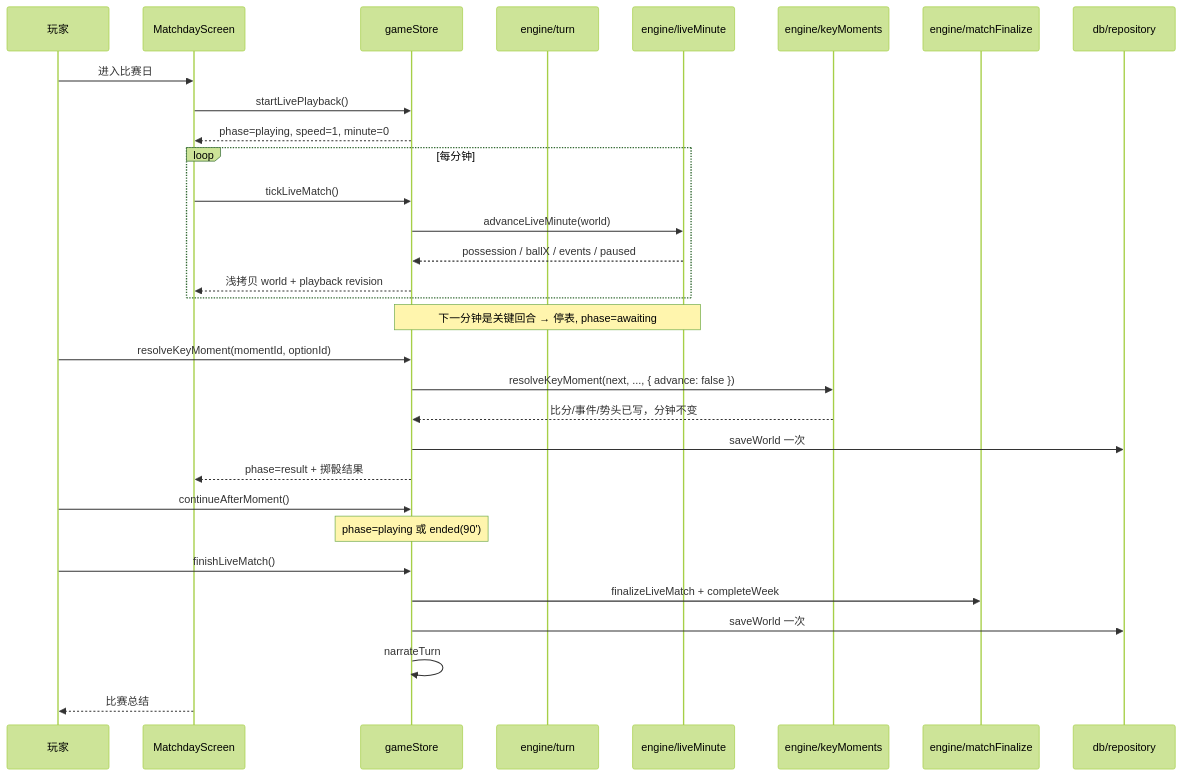
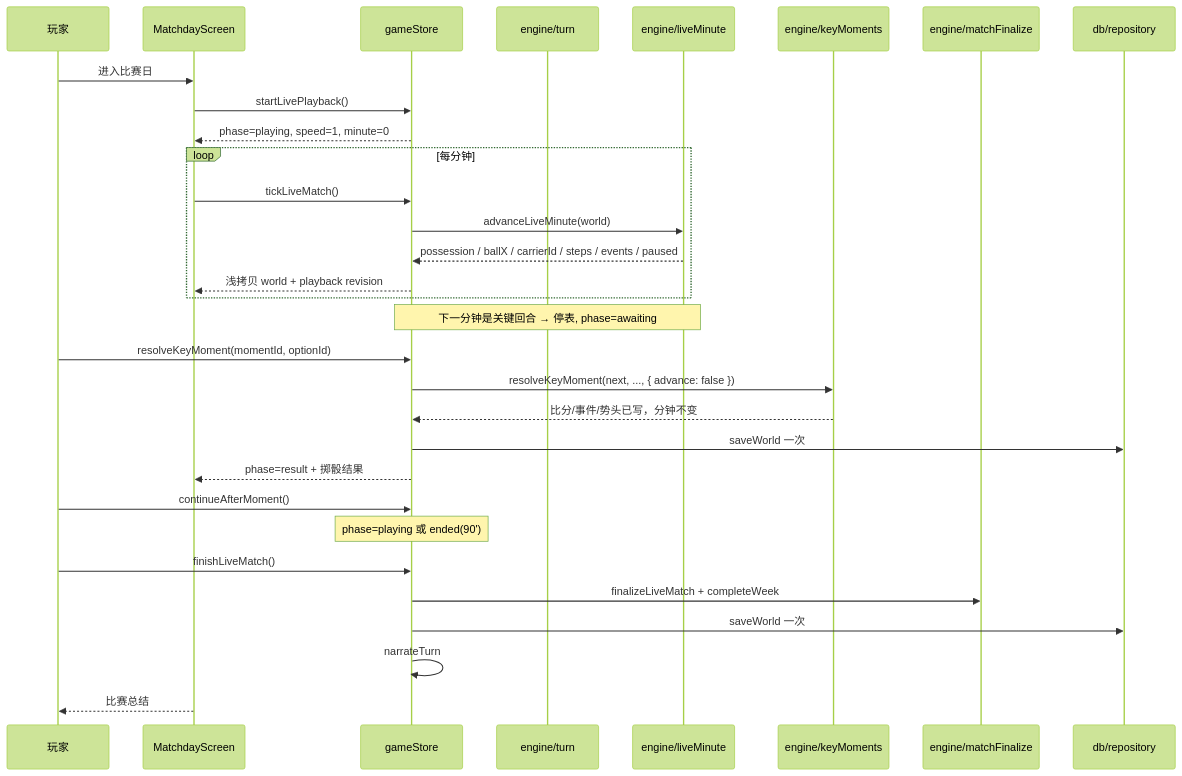
Before and after one commit to Roulandu/rpg_life_game: the first of 2 diagrams in docs/features/matchday.md, drawn with Mermaid (forest theme). The commit also changed other lines of this file and 46 other files, not shown here.

````diff
--- a/docs/features/matchday.md
+++ b/docs/features/matchday.md
@@ -99,33 +104,33 @@
 ```mermaid
 sequenceDiagram
   participant U as 玩家
   participant UI as MatchdayScreen
   participant S as gameStore
   participant T as engine/turn
   participant M as engine/liveMinute
   participant K as engine/keyMoments
   participant F as engine/matchFinalize
   participant DB as db/repository
   U->>UI: 进入比赛日
   UI->>S: startLivePlayback()
   S-->>UI: phase=playing, speed=1, minute=0
   loop 每分钟
     UI->>S: tickLiveMatch()
     S->>M: advanceLiveMinute(world)
-    M-->>S: possession / ballX / events / paused
+    M-->>S: possession / ballX / carrierId / steps / events / paused
     S-->>UI: 浅拷贝 world + playback revision
   end
   Note over M,S: 下一分钟是关键回合 → 停表, phase=awaiting
   U->>S: resolveKeyMoment(momentId, optionId)
   S->>K: resolveKeyMoment(next, ..., { advance: false })
   K-->>S: 比分/事件/势头已写，分钟不变
   S->>DB: saveWorld 一次
   S-->>UI: phase=result + 掷骰结果
   U->>S: continueAfterMoment()
   Note over S: phase=playing 或 ended(90')
   U->>S: finishLiveMatch()
   S->>F: finalizeLiveMatch + completeWeek
   S->>DB: saveWorld 一次
   S->>S: narrateTurn
   UI-->>U: 比赛总结
 ```
````
